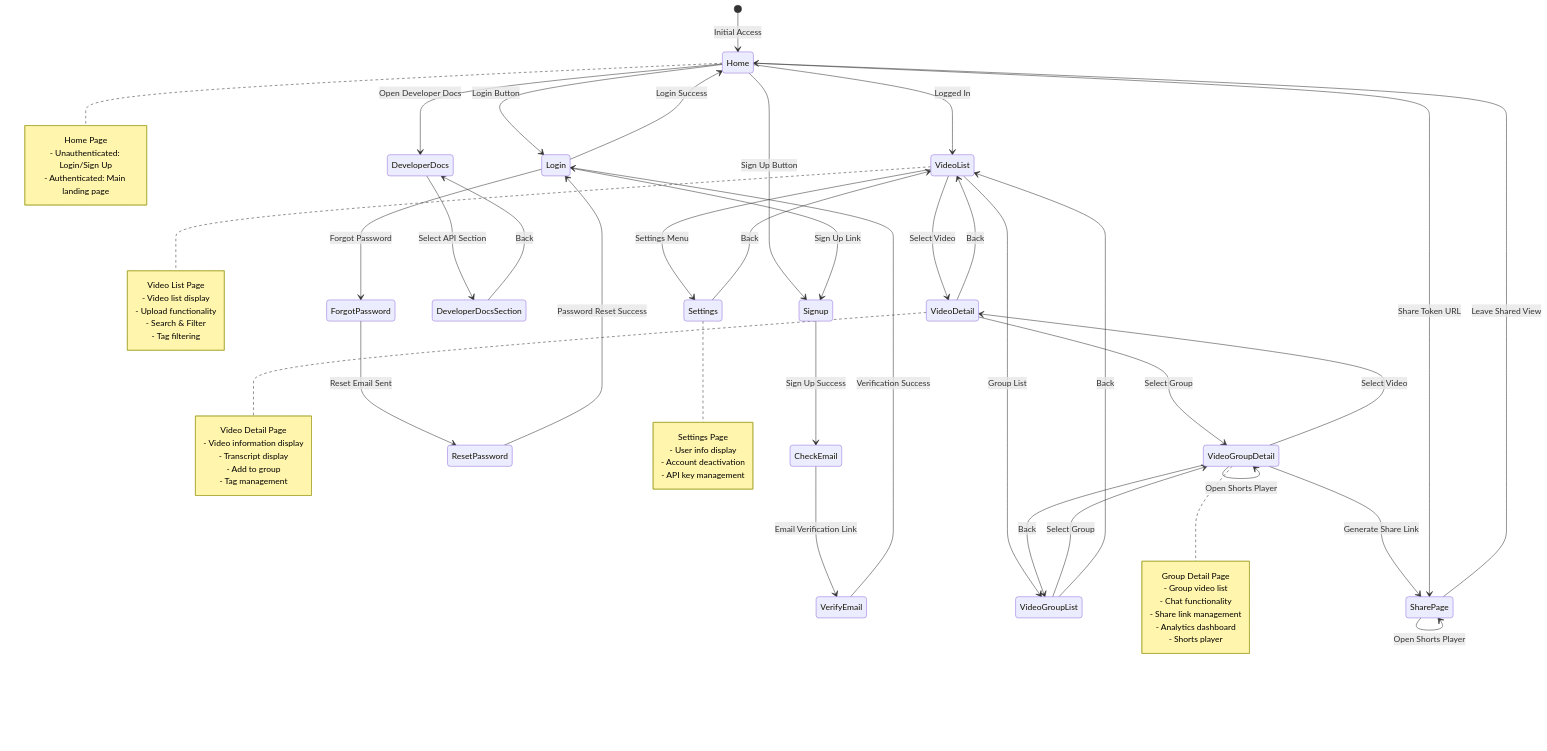
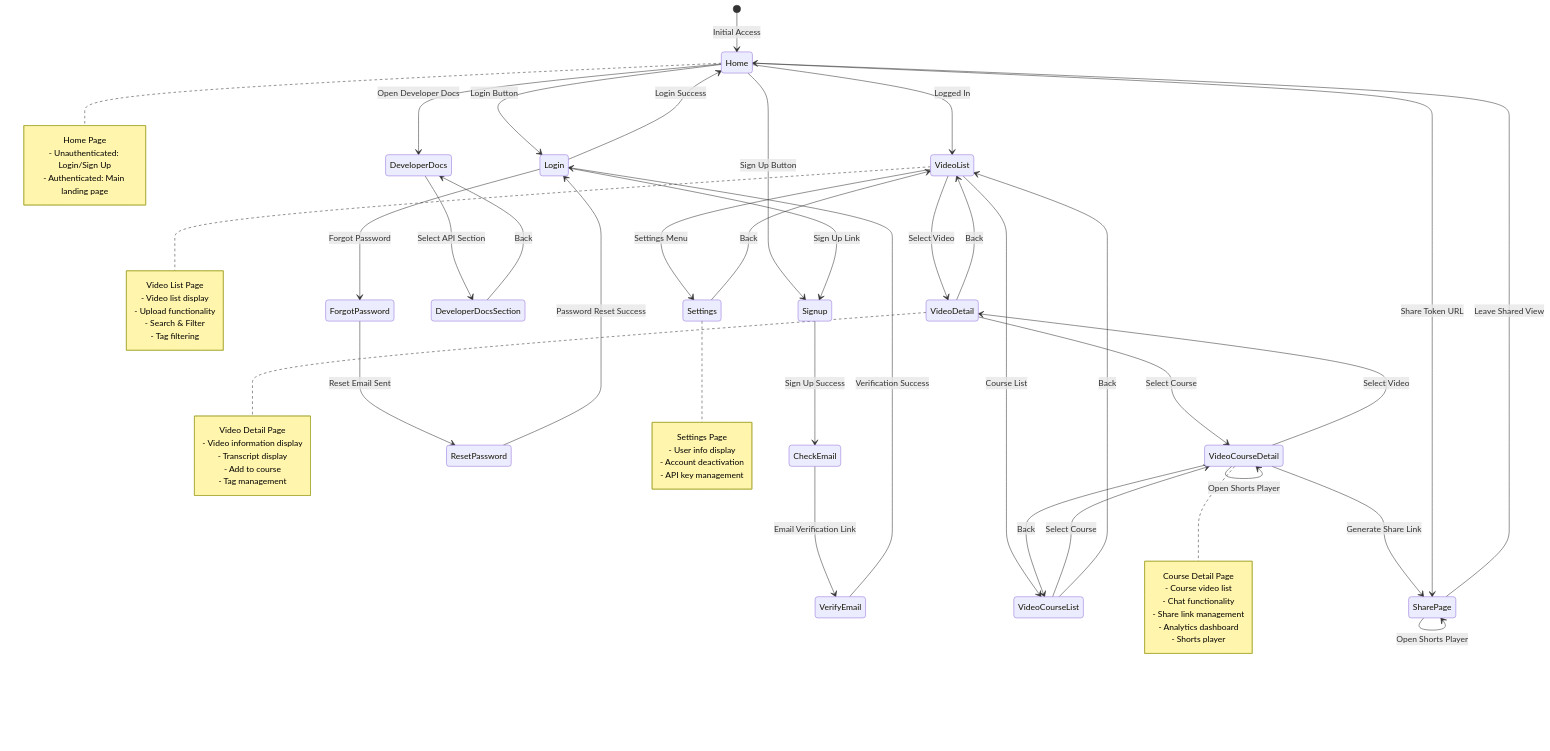
The diagram in docs/requirements/screen-transition-diagram.md (yukiharada1228/videoq), drawn with Mermaid before and after one commit. The commit also changed other lines of this file and 140 other files, not shown here.

```diff
--- a/docs/requirements/screen-transition-diagram.md
+++ b/docs/requirements/screen-transition-diagram.md
@@ -26,25 +26,25 @@
     
     Home --> VideoList: Logged In
     VideoList --> VideoDetail: Select Video
-    VideoList --> VideoGroupList: Group List
+    VideoList --> VideoCourseList: Course List
     
     VideoDetail --> VideoList: Back
-    VideoDetail --> VideoGroupDetail: Select Group
+    VideoDetail --> VideoCourseDetail: Select Course
     
-    VideoGroupList --> VideoGroupDetail: Select Group
-    VideoGroupList --> VideoList: Back
+    VideoCourseList --> VideoCourseDetail: Select Course
+    VideoCourseList --> VideoList: Back
     
-    VideoGroupDetail --> VideoGroupList: Back
-    VideoGroupDetail --> VideoDetail: Select Video
-    VideoGroupDetail --> SharePage: Generate Share Link
+    VideoCourseDetail --> VideoCourseList: Back
+    VideoCourseDetail --> VideoDetail: Select Video
+    VideoCourseDetail --> SharePage: Generate Share Link
 
-    VideoGroupDetail --> VideoGroupDetail: Open Analytics Dashboard
-    VideoGroupDetail --> VideoGroupDetail: Open Shorts Player
+    VideoCourseDetail --> VideoCourseDetail: Open Analytics Dashboard
+    VideoCourseDetail --> VideoCourseDetail: Open Shorts Player
     
     SharePage --> Home: Leave Shared View
 
     Home --> SharePage: Share Token URL
-    SharePage --> SharePage: Chat with Shared Group
+    SharePage --> SharePage: Chat with Shared Course
     SharePage --> SharePage: Open Shorts Player
 
     VideoList --> Settings: Settings Menu
@@ -71,13 +71,13 @@
         Video Detail Page
         - Video information display
         - Transcript display
-        - Add to group
+        - Add to course
         - Tag management
     end note
     
-    note right of VideoGroupDetail
-        Group Detail Page
-        - Group video list
+    note right of VideoCourseDetail
+        Course Detail Page
+        - Course video list
         - Chat functionality
         - Share link management
         - Analytics dashboard
```
